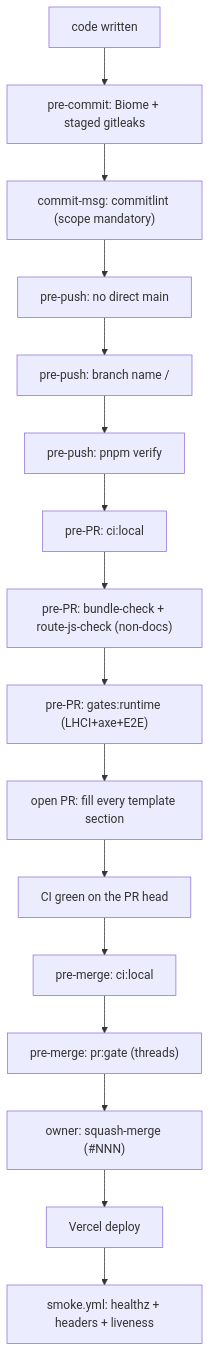
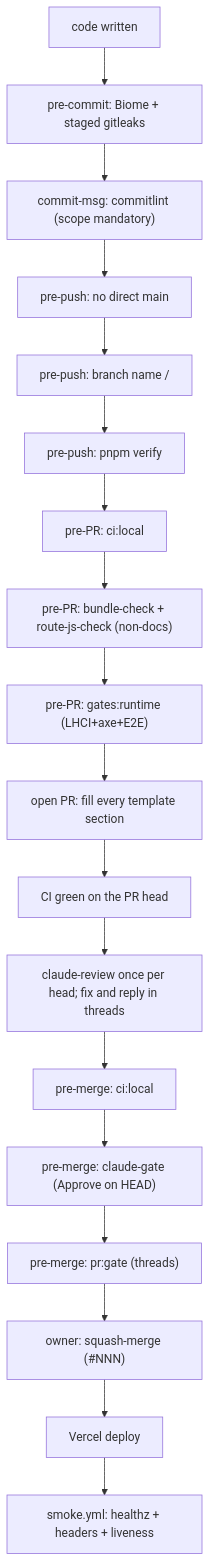
The first of 2 diagrams in docs/handbook/review-merge-release.md (erikunha/portfolio), drawn with Mermaid before and after one commit. The commit also changed other lines of this file and 3 other files, not shown here.

First line of the commit message:
docs(workflow): claude-review on every PR, other model reviews on request (#298)

````diff
--- a/docs/handbook/review-merge-release.md
+++ b/docs/handbook/review-merge-release.md
@@ -7,18 +7,20 @@
 ```mermaid
 flowchart TD
     write["code written"] --> c1["pre-commit: Biome + staged gitleaks"]
     c1 --> c2["commit-msg: commitlint (scope mandatory)"]
     c2 --> p1["pre-push: no direct main"]
     p1 --> p2["pre-push: branch name <type>/<desc>"]
     p2 --> p5["pre-push: pnpm verify"]
     p5 --> r1["pre-PR: ci:local"]
     r1 --> r2["pre-PR: bundle-check + route-js-check (non-docs)"]
     r2 --> r4["pre-PR: gates:runtime (LHCI+axe+E2E)"]
     r4 --> o1["open PR: fill every template section"]
-    o1 --> o2["CI green on the PR head"]
+    o1 --> o1b["CI green on the PR head"]
+    o1b --> o2["claude-review once per head; fix and reply in threads"]
     o2 --> m1["pre-merge: ci:local"]
-    m1 --> m4["pre-merge: pr:gate (threads)"]
+    m1 --> m3["pre-merge: claude-gate (Approve on HEAD)"]
+    m3 --> m4["pre-merge: pr:gate (threads)"]
     m4 --> merge["owner: squash-merge (#NNN)"]
     merge --> deploy["Vercel deploy"]
     deploy --> smoke["smoke.yml: healthz + headers + liveness"]
 ```
````
